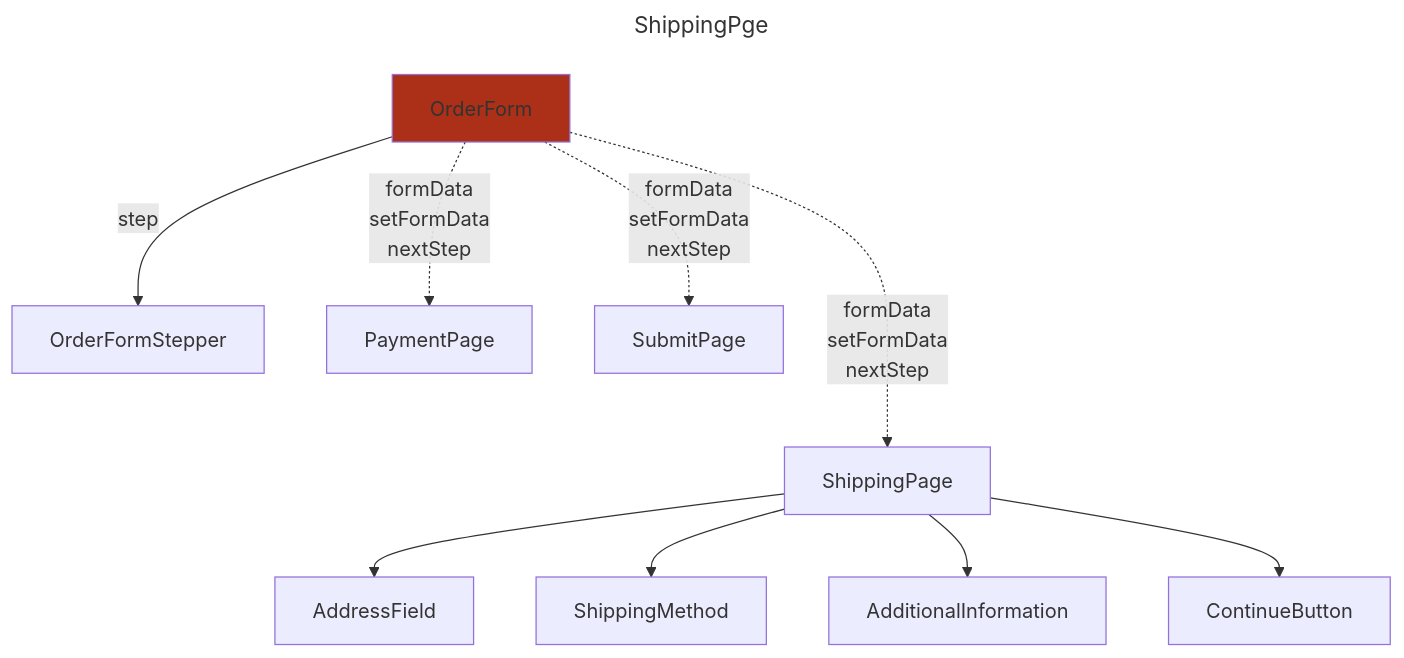
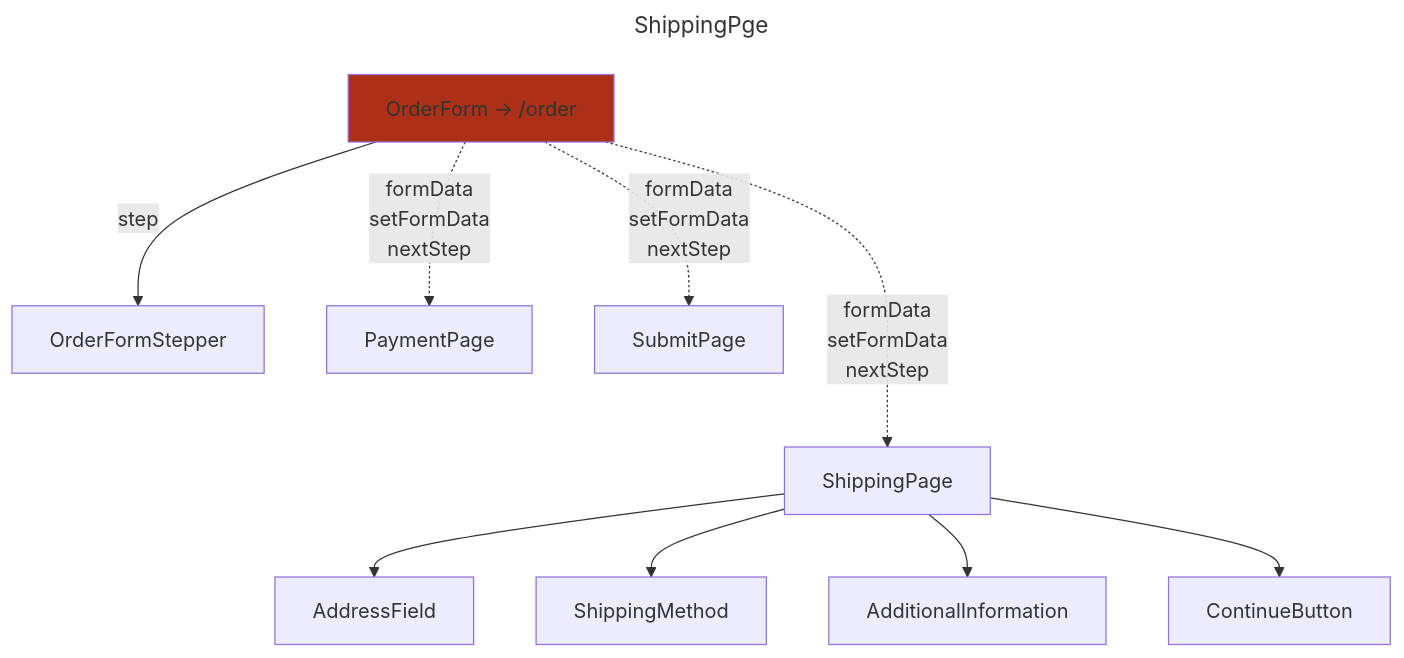
Before and after one commit to dictyBase/frontendx: the diagram in apps/stock-center/diagrams/OrderComponentTree.md, drawn with Mermaid.

Commit message:
chore(OrderComponentTree.md): indicate path that renders the OrderForm
The /order path was added to the OrderForm node to indicate the route path.

````diff
--- a/apps/stock-center/diagrams/OrderComponentTree.md
+++ b/apps/stock-center/diagrams/OrderComponentTree.md
@@ -1,32 +1,32 @@
 ```mermaid
 ---
 title: ShippingPge
 ---
 
 flowchart TD
 
-A[OrderForm]
+A[OrderForm -> /order]
 B[OrderFormStepper]
 C[ShippingPage]
 D[PaymentPage]
 E[SubmitPage]
 
 C1[AddressField]
 C2[ShippingMethod]
 C3[AdditionalInformation]
 C4[ContinueButton]
 
 A -->|step| B
 A -..->|formData\n setFormData\n nextStep| C
 A -.->|formData\n setFormData\n nextStep| D
 A -.->|formData\n setFormData\n nextStep| E
 
 C --> C1
 C --> C2
 C --> C3
 C --> C4
 
 classDef state fill:#ab3017
 
 class A state
 ```
````
